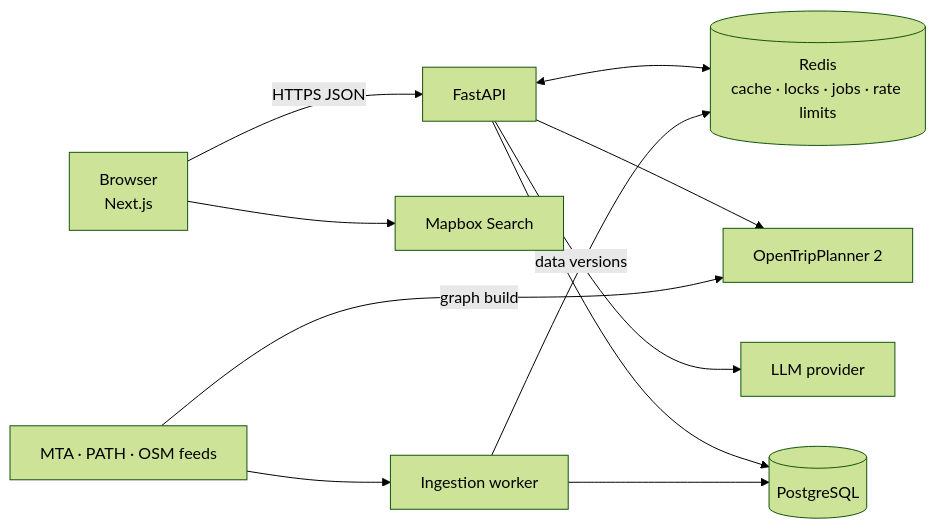
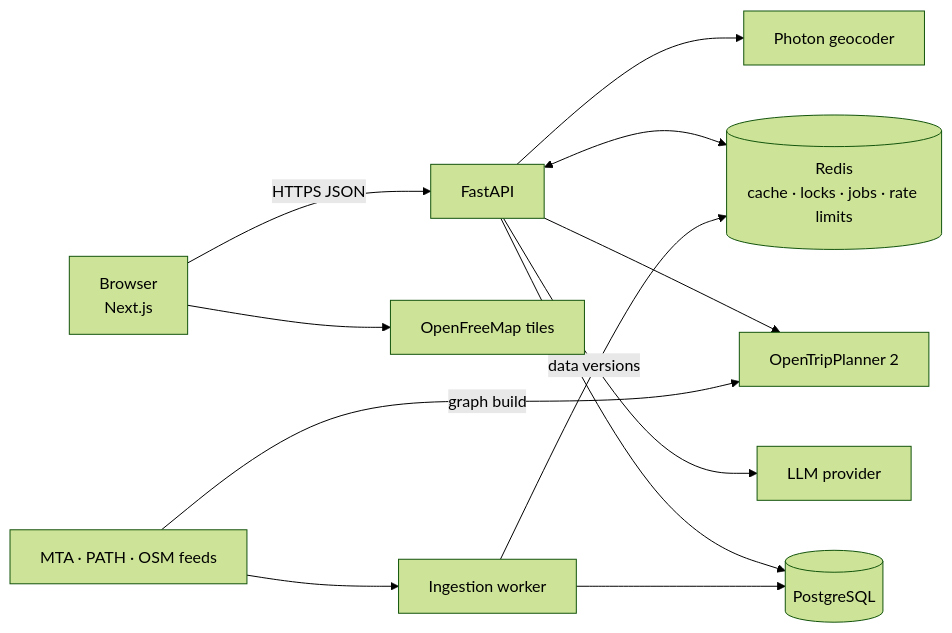
One commit to VarshithaGudibandi/smart-route-nyc changed the diagram in README.md. Above: the diagram before and after it, drawn with Mermaid (forest theme). The commit also changed other lines of this file and 27 other files, not shown here.

````diff
--- a/README.md
+++ b/README.md
@@ -23,13 +23,14 @@
 ```mermaid
 flowchart LR
   B[Browser<br/>Next.js] -->|HTTPS JSON| API[FastAPI]
-  B --> MB[Mapbox Search]
+  B --> T[OpenFreeMap tiles]
+  API --> G[Photon geocoder]
   API <--> R[(Redis<br/>cache · locks · jobs · rate limits)]
   API --> OTP[OpenTripPlanner 2]
   API --> LLM[LLM provider]
   API --> PG[(PostgreSQL)]
   W[Ingestion worker] --> PG
   W -->|data versions| R
   F[MTA · PATH · OSM feeds] --> W
   F -->|graph build| OTP
 ```
````
